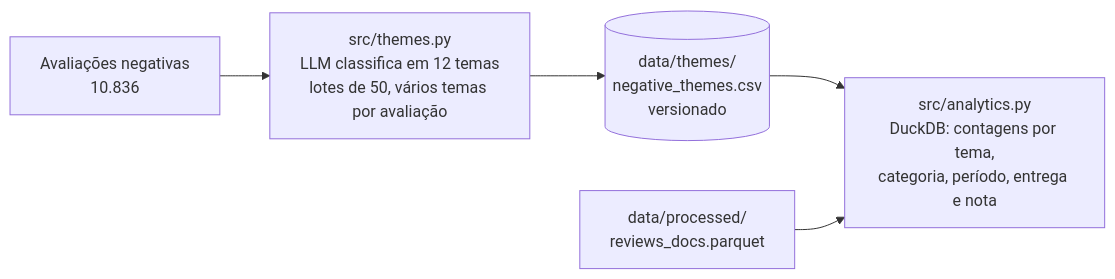
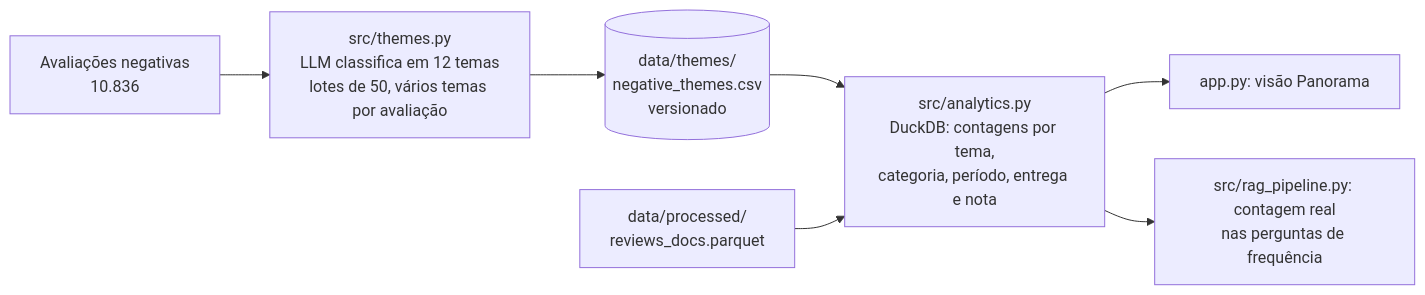
Before and after one commit to Dinaldorc/tech-challenge-fase4: the third of 3 diagrams in docs/arquitetura.md, drawn with Mermaid. The commit also changed other lines of this file and 8 other files, not shown here.

````diff
--- a/docs/arquitetura.md
+++ b/docs/arquitetura.md
@@ -72,7 +72,9 @@
 ```mermaid
 flowchart LR
     A["Avaliações negativas<br/>10.836"] --> B["src/themes.py<br/>LLM classifica em 12 temas<br/>lotes de 50, vários temas por avaliação"]
     B --> C[("data/themes/<br/>negative_themes.csv<br/>versionado")]
     C --> D["src/analytics.py<br/>DuckDB: contagens por tema,<br/>categoria, período, entrega e nota"]
     E["data/processed/<br/>reviews_docs.parquet"] --> D
+    D --> F["app.py: visão Panorama"]
+    D --> G["src/rag_pipeline.py: contagem real<br/>nas perguntas de frequência"]
 ```
````
